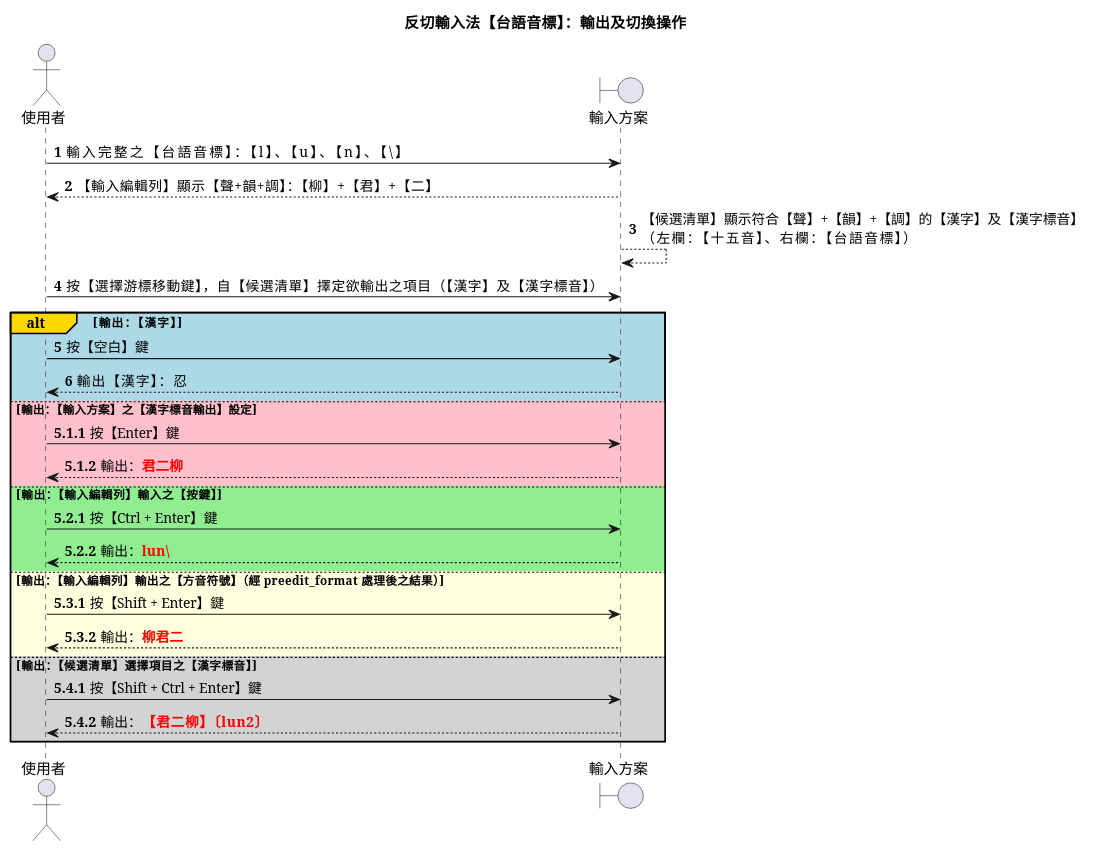
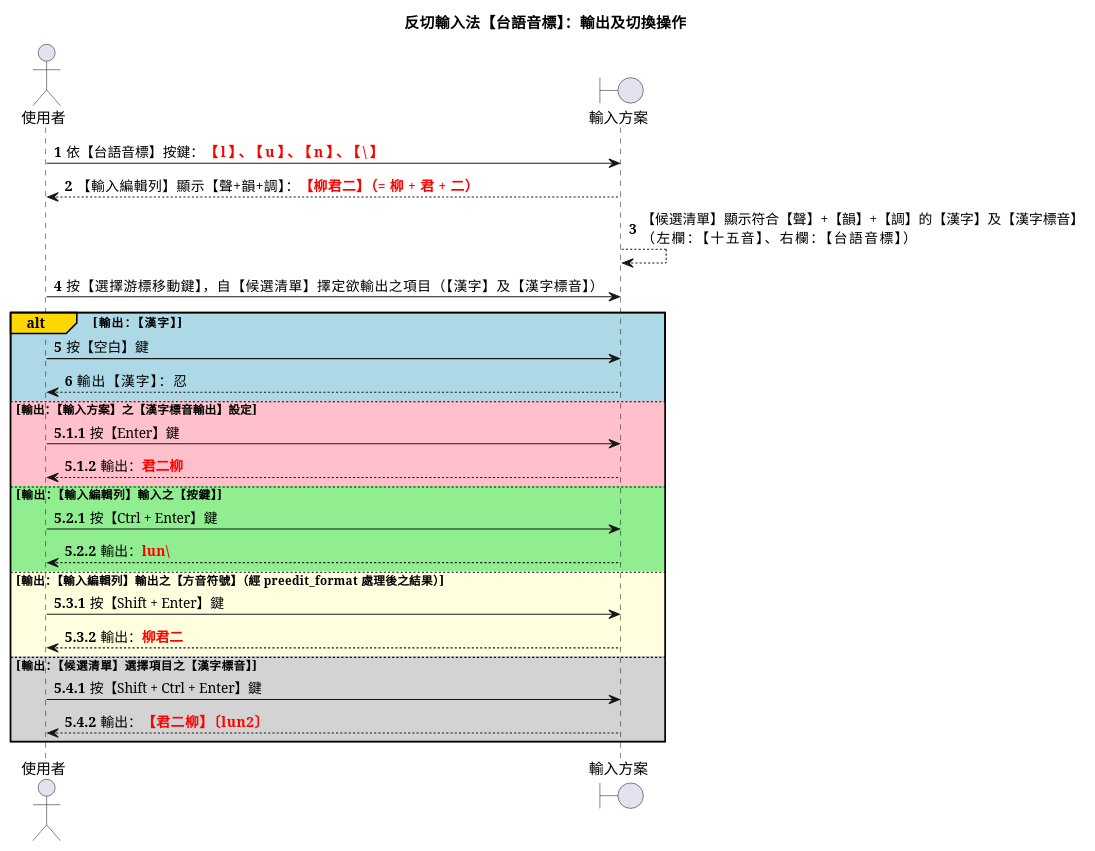
One commit to AlanJui/rime-tlpa changed diagram 11 of 13 in docs/310_反切輸入法【台語音標】設計規格.md. Above: the diagram before and after it, drawn with PlantUML. The commit also changed other lines of this file, not shown here.

Commit message:
310.md v0.1.6.5

````diff
--- a/docs/310_反切輸入法【台語音標】設計規格.md
+++ b/docs/310_反切輸入法【台語音標】設計規格.md
@@ -541,40 +541,40 @@
 ```plantuml
 @startuml
 title 反切輸入法【台語音標】：輸出及切換操作
 actor 使用者 as user
 boundary 輸入方案 as ime
 autonumber
 
-user -> ime : 輸入完整之【台語音標】：【l】、【u】、【n】、【\】
-ime --> user : 【輸入編輯列】顯示【聲+韻+調】：【柳】+【君】+【二】
+user -> ime : 依【台語音標】按鍵：<font color=red><b>【l】、【u】、【n】、【\】
+ime --> user : 【輸入編輯列】顯示【聲+韻+調】：<font color=red><b>【柳君二】（= 柳 + 君 + 二）
 ime --> ime : 【候選清單】顯示符合【聲】+【韻】+【調】的【漢字】及【漢字標音】\n（左欄：【十五音】、右欄：【台語音標】）
 
 user -> ime : 按【選擇游標移動鍵】，自【候選清單】擇定欲輸出之項目（【漢字】及【漢字標音】）
 
 alt#Gold #LightBlue 輸出：【漢字】
     user -> ime : 按【空白】鍵
     ime --> user : 輸出【漢字】：忍
 
 autonumber 5.1.1
 else #Pink 輸出：【輸入方案】之【漢字標音輸出】設定
     user -> ime : 按【Enter】鍵
     ime --> user : 輸出：<font color=red><b>君二柳
 
 autonumber 5.2.1
 else #LightGreen 輸出：【輸入編輯列】輸入之【按鍵】
     user -> ime : 按【Ctrl + Enter】鍵
     ime --> user : 輸出：<font color=red><b>lun\\
 
 autonumber 5.3.1
 else #LightYellow 輸出：【輸入編輯列】輸出之【方音符號】（經 preedit_format 處理後之結果）
     user -> ime : 按【Shift + Enter】鍵
     ime --> user : 輸出：<font color=red><b>柳君二
 
 autonumber 5.4.1
 else #LightGrey 輸出：【候選清單】選擇項目之【漢字標音】
     user -> ime : 按【Shift + Ctrl + Enter】鍵
     ime --> user : 輸出：<font color=red><b>【君二柳】〔lun2〕
 end
 
 @enduml
 ```
````
